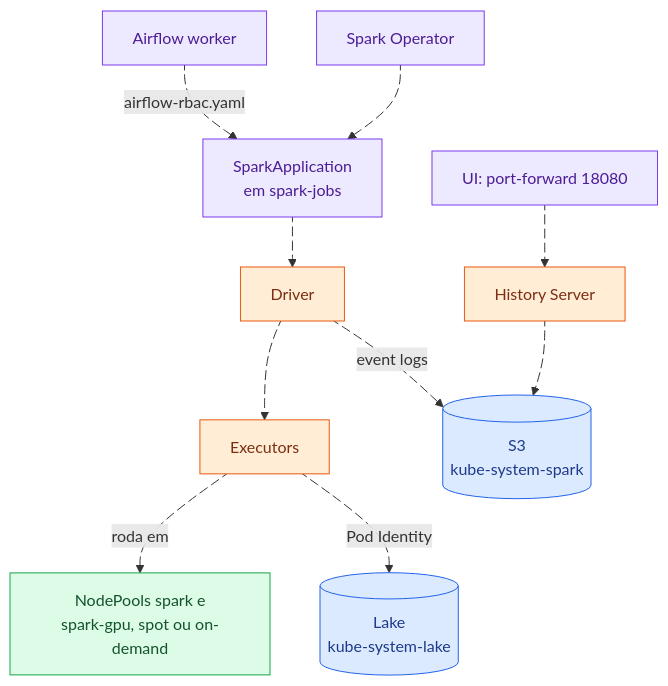
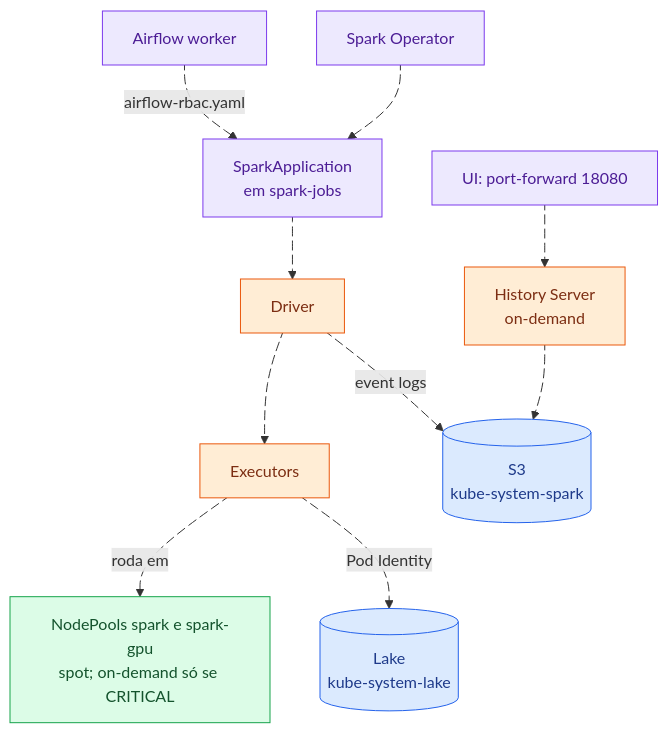
The diagram in infrastructure/services/spark/README.md (ManuelVenturaNeto/infrastruture-aws-eks), drawn with Mermaid before and after one commit. The commit also changed 2 other files, not shown here.

Commit message:
fix(spark): pin the History Server to on-demand and document job capacity

````diff
--- a/infrastructure/services/spark/README.md
+++ b/infrastructure/services/spark/README.md
@@ -8,32 +8,32 @@
 ```mermaid
 flowchart TB
   A[Airflow worker] e1@-->|airflow-rbac.yaml| S[SparkApplication<br/>em spark-jobs]
   O[Spark Operator] e2@--> S
   S e3@--> D[Driver]
   D e4@--> E[Executors]
-  E e5@-->|roda em| N[NodePools spark e<br/>spark-gpu, spot ou on-demand]
+  E e5@-->|roda em| N[NodePools spark e spark-gpu<br/>spot; on-demand só se CRITICAL]
   E e6@-->|Pod Identity| L[(Lake<br/>kube-system-lake)]
   D e7@-->|event logs| B[(S3<br/>kube-system-spark)]
-  H[History Server] e8@--> B
+  H[History Server<br/>on-demand] e8@--> B
   U[UI: port-forward 18080] e9@--> H
 
   e1@{ animate: true }
   e2@{ animate: true }
   e3@{ animate: true }
   e4@{ animate: true }
   e5@{ animate: true }
   e6@{ animate: true }
   e7@{ animate: true }
   e8@{ animate: true }
   e9@{ animate: true }
 
   classDef data fill:#dbeafe,stroke:#2563eb,color:#1e3a8a
   classDef compute fill:#ffedd5,stroke:#ea580c,color:#7c2d12
   classDef orchestration fill:#ede9fe,stroke:#7c3aed,color:#4c1d95
   classDef infra fill:#dcfce7,stroke:#16a34a,color:#14532d
 
   class L,B data
   class D,E,H compute
   class A,O,S,U orchestration
   class N infra
 ```
````
